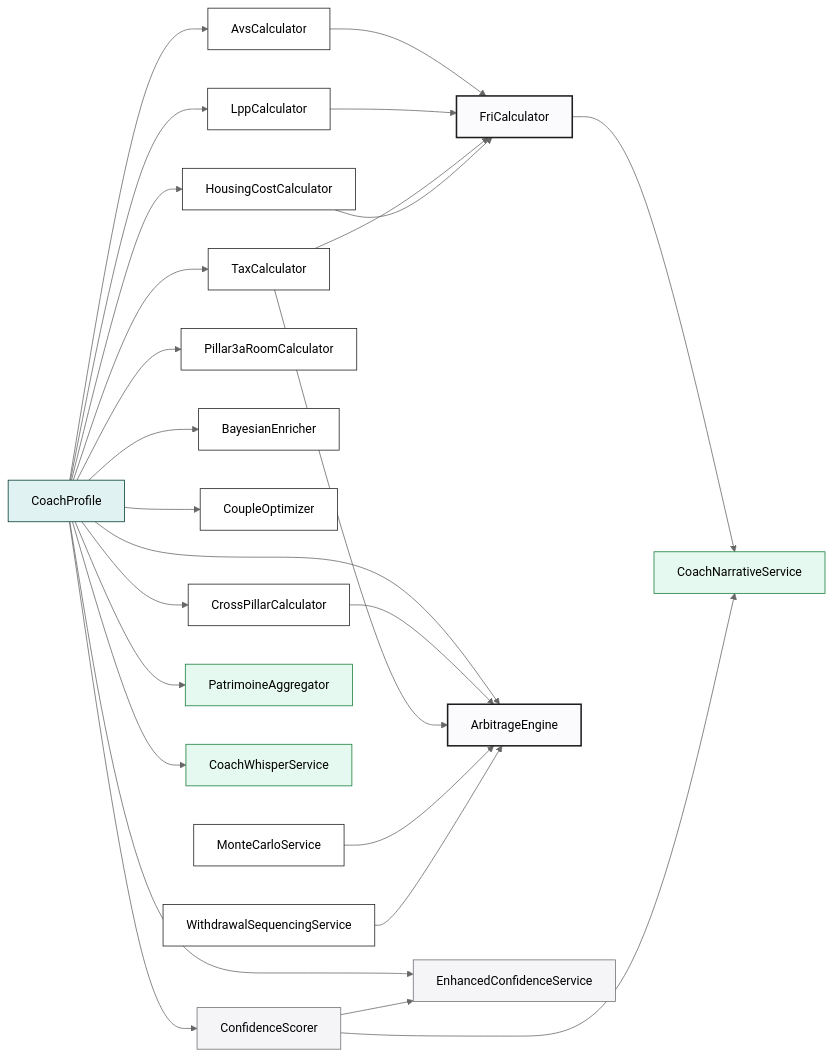
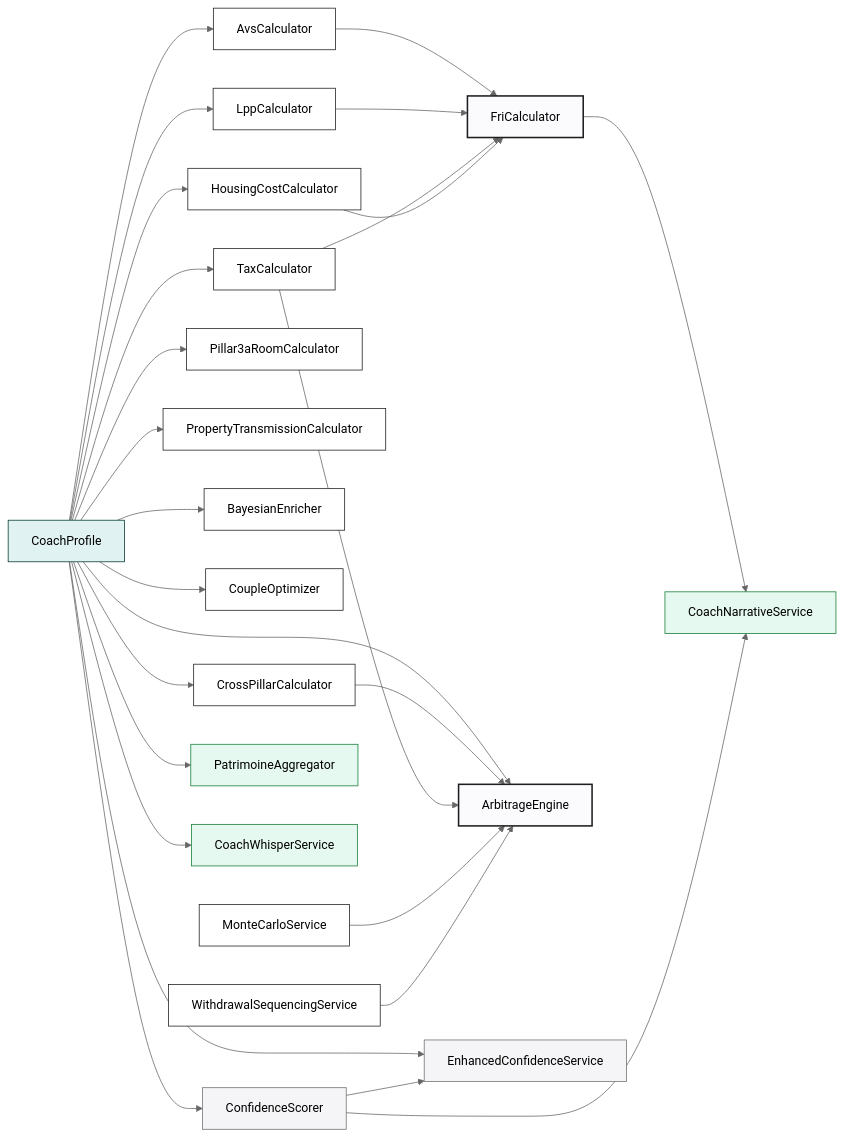
One commit to MINT-IA/MINT changed the diagram in docs/calculator-graph.md. Above: the diagram before and after it, drawn with Mermaid (neutral theme). The commit also changed other lines of this file and 4 other files, not shown here.

Commit message:
feat(financial-core): add property transmission calculator

````diff
--- a/docs/calculator-graph.md
+++ b/docs/calculator-graph.md
@@ -26,41 +26,42 @@
 ```mermaid
 flowchart LR
     PROFILE[CoachProfile]:::profile
 
     PROFILE --> AVS[AvsCalculator]:::calc
     PROFILE --> LPP[LppCalculator]:::calc
     PROFILE --> TAX[TaxCalculator]:::calc
     PROFILE --> HOUSING[HousingCostCalculator]:::calc
     PROFILE --> P3A[Pillar3aRoomCalculator]:::calc
+    PROFILE --> PROPERTY[PropertyTransmissionCalculator]:::calc
     PROFILE --> BAYESIAN[BayesianEnricher]:::calc
 
     AVS --> FRI[FriCalculator]:::composer
     LPP --> FRI
     TAX --> FRI
     HOUSING --> FRI
 
     PROFILE --> COUPLE[CoupleOptimizer]:::calc
     PROFILE --> CROSS[CrossPillarCalculator]:::calc
     PROFILE --> ARB[ArbitrageEngine]:::composer
     CROSS --> ARB
     TAX --> ARB
 
     PROFILE --> CONF[ConfidenceScorer]:::score
     PROFILE --> CONF_ENH[EnhancedConfidenceService]:::score
     CONF --> CONF_ENH
 
     PROFILE --> PAT[PatrimoineAggregator]:::ui
     PROFILE --> WHISPER[CoachWhisperService]:::ui
 
     FRI --> NAR[CoachNarrativeService]:::ui
     CONF --> NAR
 
     MC[MonteCarloService]:::calc --> ARB
     WITHDRAW[WithdrawalSequencingService]:::calc --> ARB
 
     classDef profile fill:#E0F2F1,stroke:#00382E
     classDef calc fill:#FFF,stroke:#1D1D1F
     classDef composer fill:#FBFBFD,stroke:#1D1D1F,stroke-width:2px
     classDef score fill:#F5F5F7,stroke:#6E6E73
     classDef ui fill:#E6F9F0,stroke:#157B35
 ```
````
